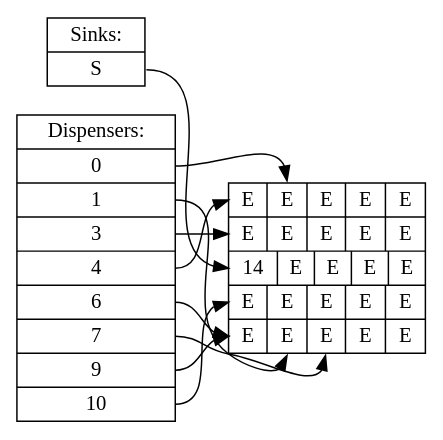
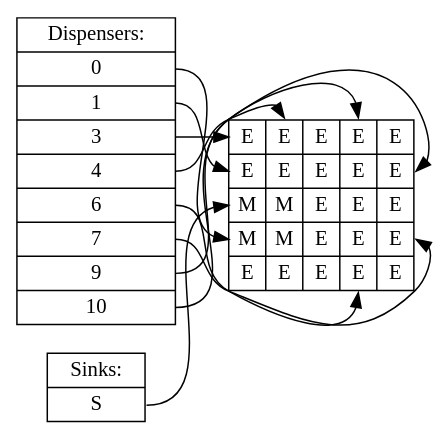
The diagram in solutions/PCR/time14.dot (jiegec/OnePassSynthesisDMFB), drawn with Graphviz before and after one commit. The commit also changed 31 other files, not shown here.

```diff
--- a/solutions/PCR/time14.dot
+++ b/solutions/PCR/time14.dot
@@ -1,14 +1,14 @@
 digraph step {rankdir=LR;node [shape=record,fontname="Inconsolata"];
-dispenser [label="Dispensers:|<d1>0|<d13>1|<d18>3|<d0>4|<d14>6|<d12>7|<d15>9|<d16>10"];
+dispenser [label="Dispensers:|<d16>0|<d18>1|<d0>3|<d1>4|<d11>6|<d8>7|<d6>9|<d3>10"];
 sink [label="Sinks:|<s17>S"];
-board [label="{<f00>E|<f01>E|<f02>E|<f03>E|<f04>E}|{<f10>E|<f11>E|<f12>E|<f13>E|<f14>E}|{<f20>14|<f21>E|<f22>E|<f23>E|<f24>E}|{<f30>E|<f31>E|<f32>E|<f33>E|<f34>E}|{<f40>E|<f41>E|<f42>E|<f43>E|<f44>E}"];
-dispenser:d1 -> board:f01
-dispenser:d13 -> board:f41
+board [label="{<f00>E|<f01>E|<f02>E|<f03>E|<f04>E}|{<f10>E|<f11>E|<f12>E|<f13>E|<f14>E}|{<f20>M|<f21>M|<f22>E|<f23>E|<f24>E}|{<f30>M|<f31>M|<f32>E|<f33>E|<f34>E}|{<f40>E|<f41>E|<f42>E|<f43>E|<f44>E}"];
+dispenser:d16 -> board:f30
 dispenser:d18 -> board:f10
 dispenser:d0 -> board:f00
-dispenser:d14 -> board:f40
-dispenser:d12 -> board:f42
-dispenser:d15 -> board:f40
-dispenser:d16 -> board:f30
+dispenser:d1 -> board:f01
+dispenser:d11 -> board:f43
+dispenser:d8 -> board:f34
+dispenser:d6 -> board:f14
+dispenser:d3 -> board:f03
 sink:s17 -> board:f20
 }
```
